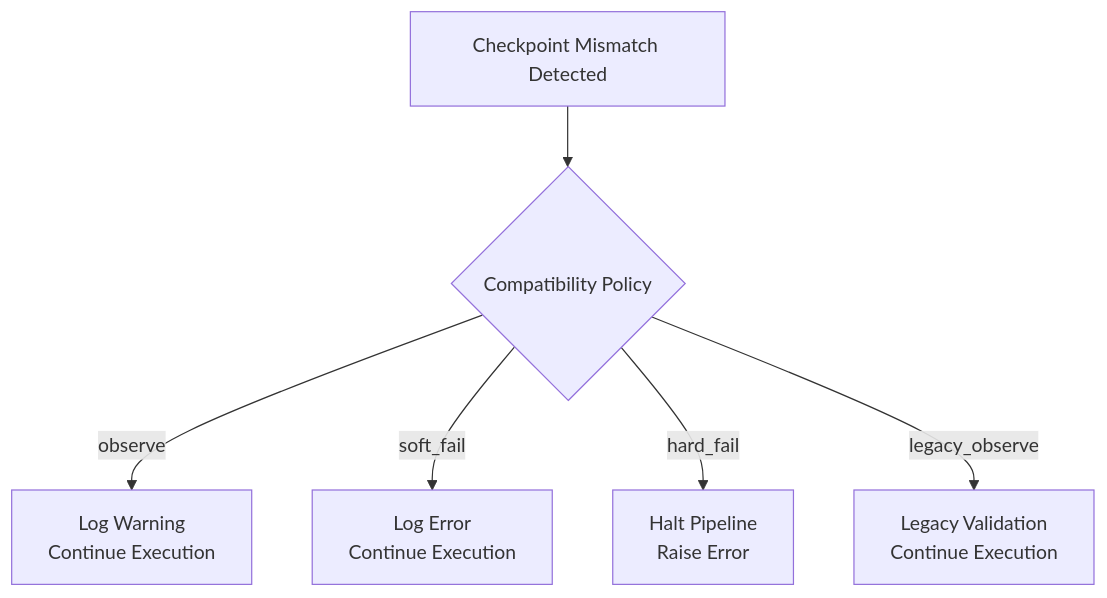
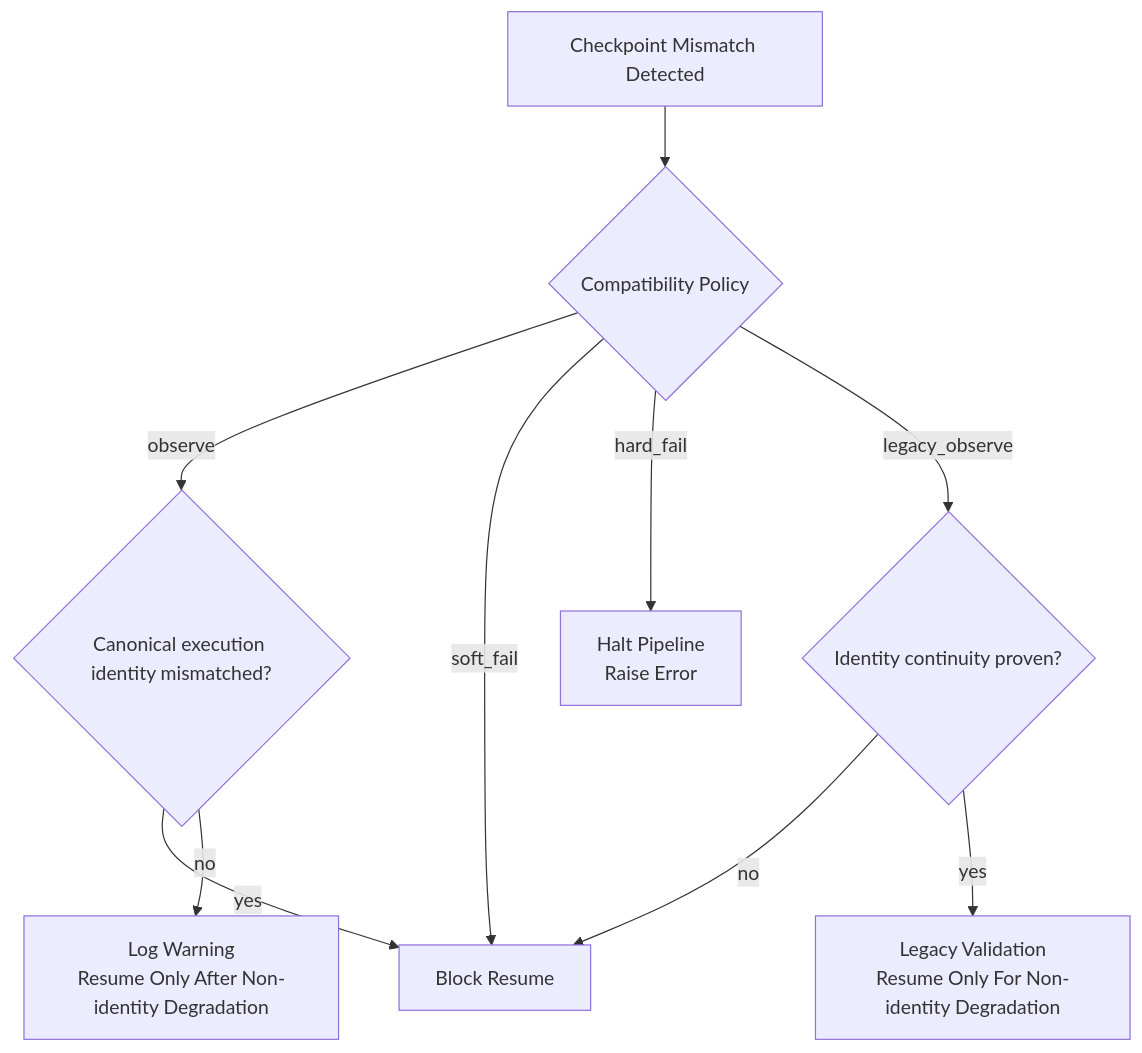
Before and after one commit to SatoryKono/BioactivityDataAcquisition: the diagram in docs/04-reference/contracts/run-manifest-ledger.md, drawn with Mermaid. The commit also changed other lines of this file and 52 other files, not shown here.

````diff
--- a/docs/04-reference/contracts/run-manifest-ledger.md
+++ b/docs/04-reference/contracts/run-manifest-ledger.md
@@ -178,8 +183,12 @@
 ```mermaid
 graph TD
     A[Checkpoint Mismatch Detected] --> B{Compatibility Policy}
-    B -->|observe| C[Log Warning\nContinue Execution]
-    B -->|soft_fail| D[Log Error\nContinue Execution]
-    B -->|hard_fail| E[Halt Pipeline\nRaise Error]
-    B -->|legacy_observe| F[Legacy Validation\nContinue Execution]
+    B -->|observe| C{Canonical execution identity mismatched?}
+    C -->|yes| D[Block Resume]
+    C -->|no| E[Log Warning\nResume Only After Non-identity Degradation]
+    B -->|soft_fail| D
+    B -->|hard_fail| H[Halt Pipeline\nRaise Error]
+    B -->|legacy_observe| F{Identity continuity proven?}
+    F -->|no| D
+    F -->|yes| G[Legacy Validation\nResume Only For Non-identity Degradation]
 ```
````
